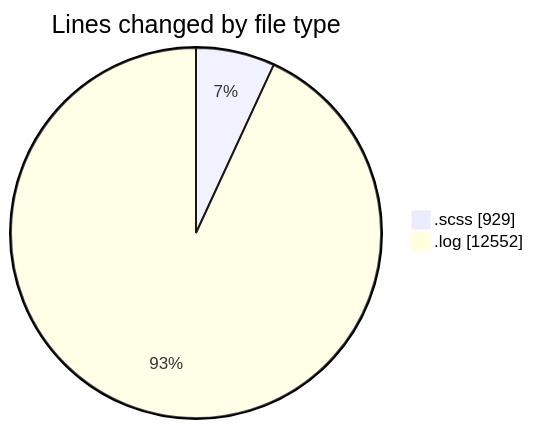
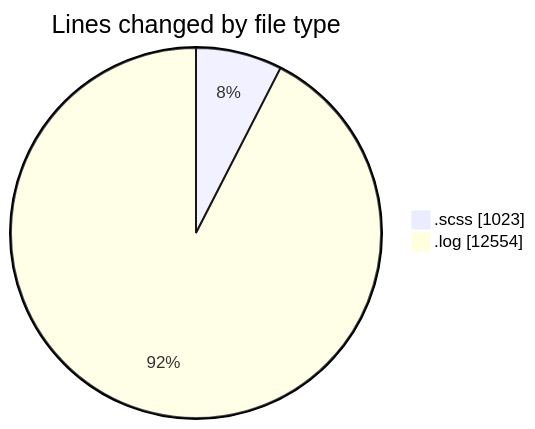
The first of 2 diagrams in 2026-01-21/cda/README.md (momahboobian/code-tracking), drawn with Mermaid before and after one commit. The commit also changed other lines of this file and 1 other file, not shown here.

````diff
--- a/2026-01-21/cda/README.md
+++ b/2026-01-21/cda/README.md
@@ -24,6 +25,6 @@
 ```mermaid
 pie showData
 title Lines changed by file type
-".scss" : 929
-".log" : 12552
+".scss" : 1023
+".log" : 12554
 ```
````
